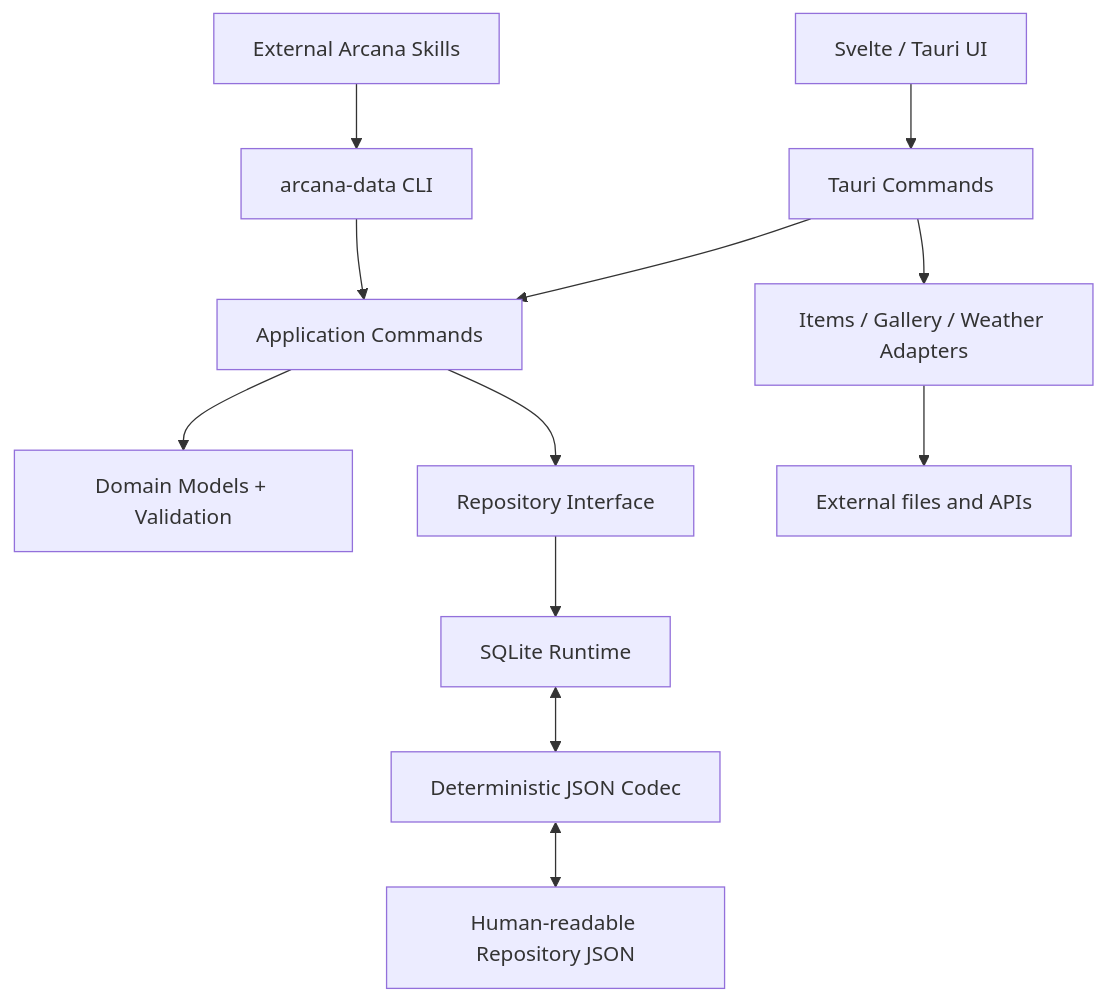
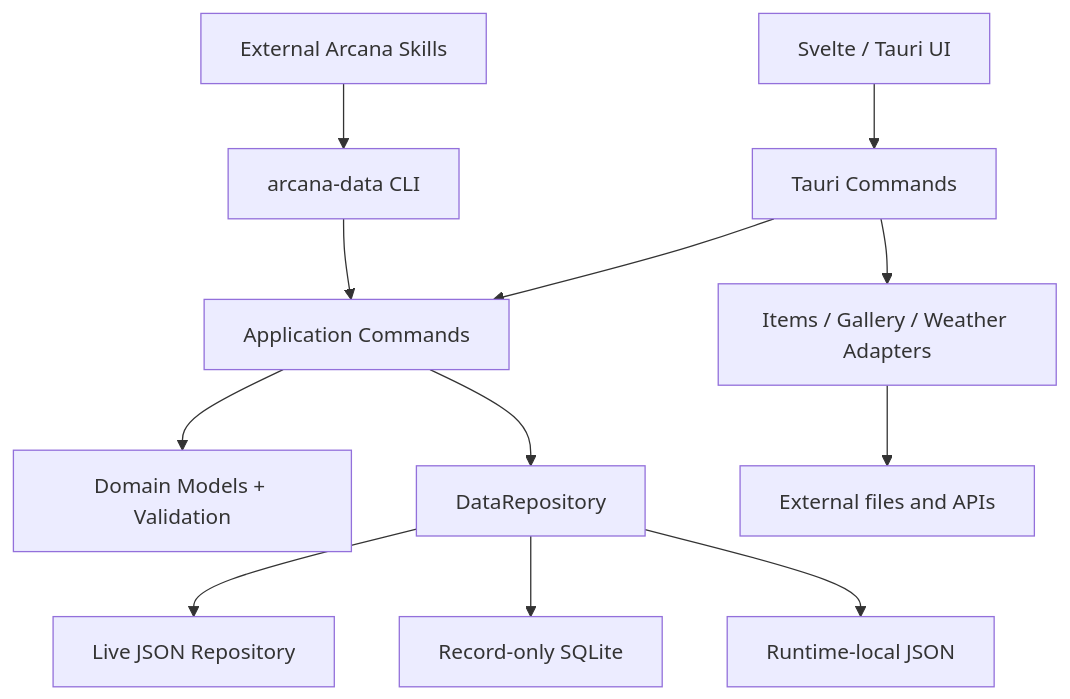
The diagram in docs/architecture.md (FollyCoolly/Arcana), drawn with Mermaid before and after one commit. The commit also changed other lines of this file and 56 other files, not shown here.

Commit message:
refactor: split semantic data from record storage

````diff
--- a/docs/architecture.md
+++ b/docs/architecture.md
@@ -10,27 +10,14 @@
 ```mermaid
 flowchart TB
-    UI["Svelte / Tauri UI"]
-    Skills["External Arcana Skills"]
-    CLI["arcana-data CLI"]
-    IPC["Tauri Commands"]
-    App["Application Commands"]
-    Domain["Domain Models + Validation"]
-    Repo["Repository Interface"]
-    SQLite["SQLite Runtime"]
-    Codec["Deterministic JSON Codec"]
-    Json["Human-readable Repository JSON"]
-    Adapters["Items / Gallery / Weather Adapters"]
-    External["External files and APIs"]
-
-    UI --> IPC
-    IPC --> App
-    Skills --> CLI
+    UI["Svelte / Tauri UI"] --> IPC["Tauri Commands"]
+    Skills["External Arcana Skills"] --> CLI["arcana-data CLI"]
+    IPC --> App["Application Commands"]
     CLI --> App
-    App --> Domain
-    App --> Repo
-    Repo --> SQLite
-    SQLite <--> Codec
-    Codec <--> Json
-    IPC --> Adapters
-    Adapters --> External
+    App --> Domain["Domain Models + Validation"]
+    App --> Repo["DataRepository"]
+    Repo --> JSON["Live JSON Repository"]
+    Repo --> SQLite["Record-only SQLite"]
+    Repo --> Local["Runtime-local JSON"]
+    IPC --> Adapters["Items / Gallery / Weather Adapters"]
+    Adapters --> External["External files and APIs"]
 ```
````
